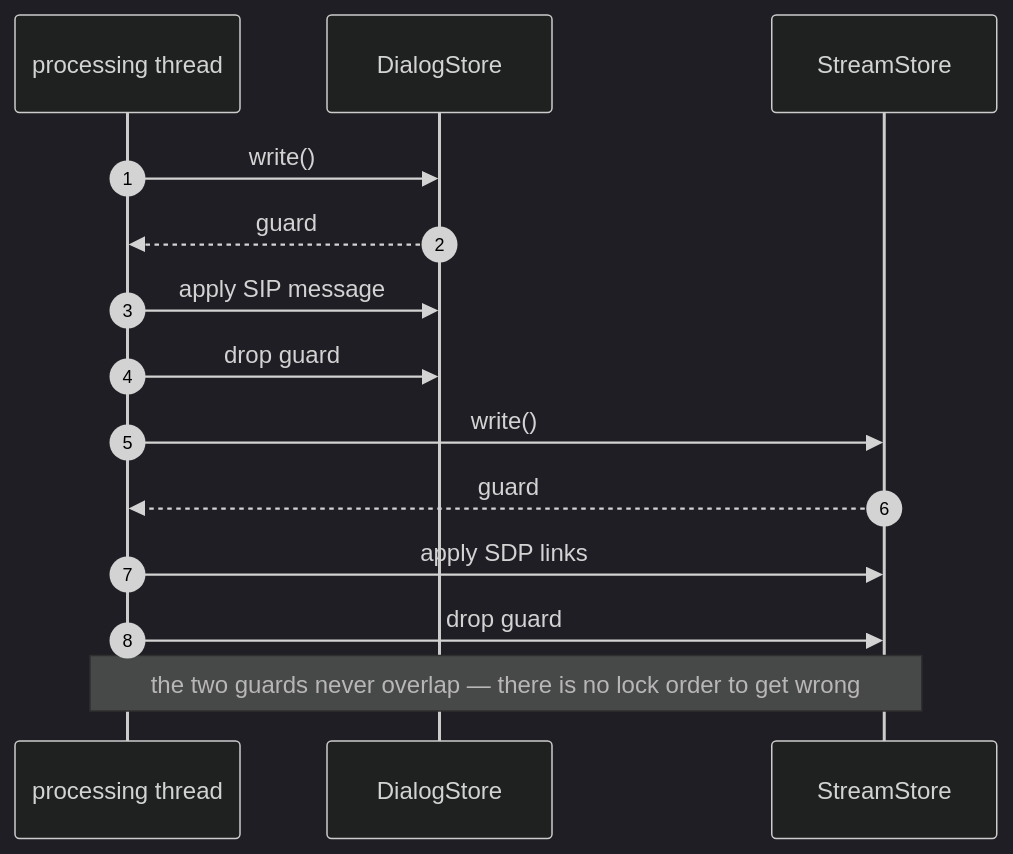
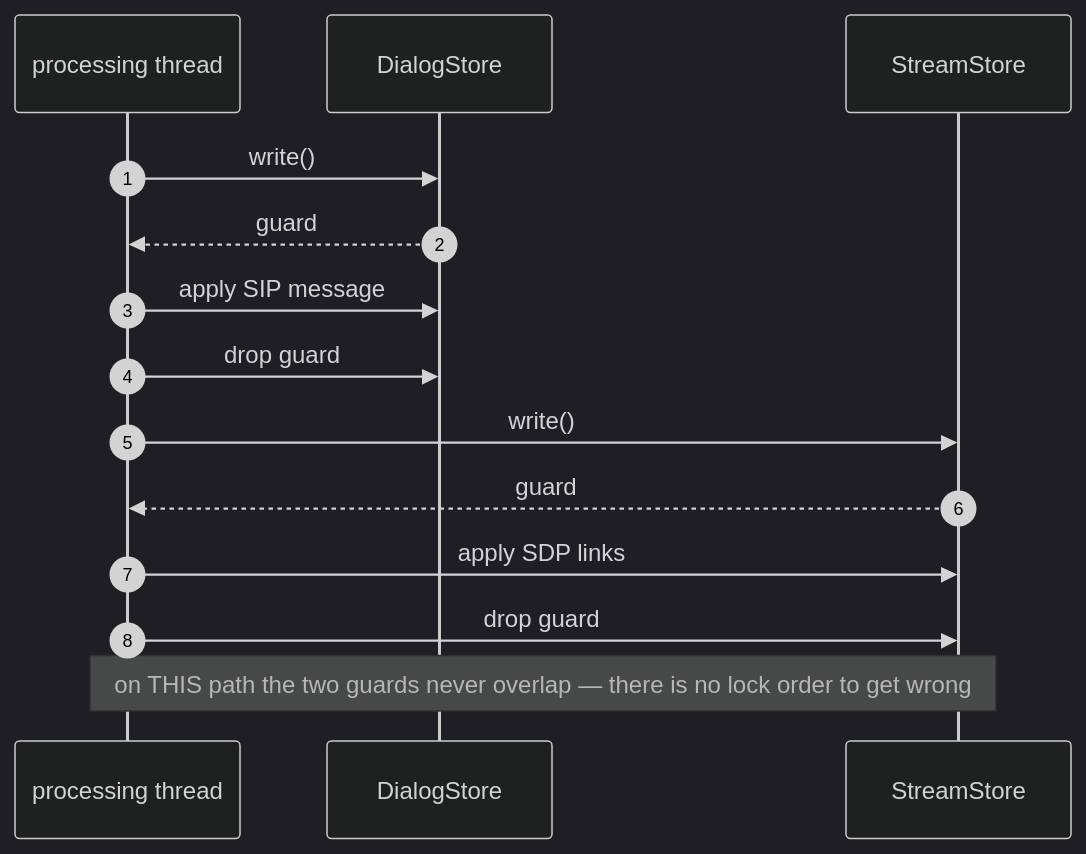
The first of 3 diagrams in docs/internals/invariants.md (NormB/sipnab), drawn with Mermaid (dark theme) before and after one commit. The commit also changed other lines of this file and 58 other files, not shown here.

````diff
--- a/docs/internals/invariants.md
+++ b/docs/internals/invariants.md
@@ -67,17 +141,17 @@
 ```mermaid
 sequenceDiagram
     autonumber
     participant Proc as processing thread
     participant DS as DialogStore
     participant SS as StreamStore
 
     Proc->>DS: write()
     DS-->>Proc: guard
     Proc->>DS: apply SIP message
     Proc->>DS: drop guard
     Proc->>SS: write()
     SS-->>Proc: guard
     Proc->>SS: apply SDP links
     Proc->>SS: drop guard
-    Note over Proc,SS: the two guards never overlap — there is no lock order to get wrong
+    Note over Proc,SS: on THIS path the two guards never overlap — there is no lock order to get wrong
 ```
````
